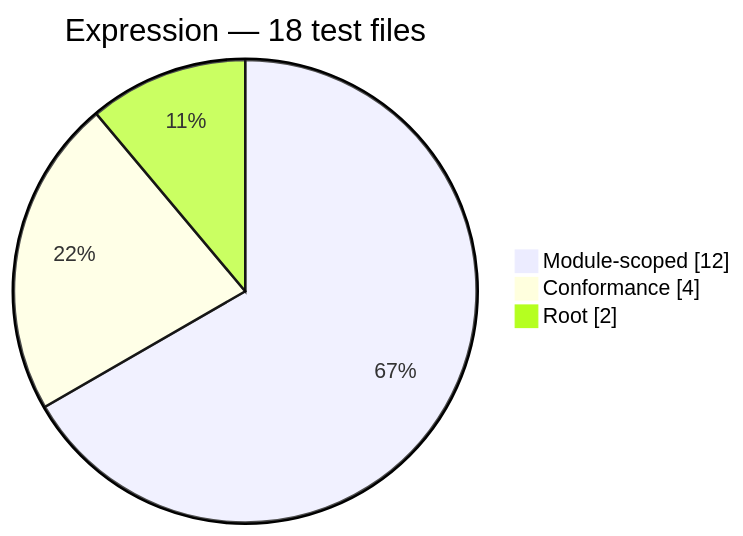
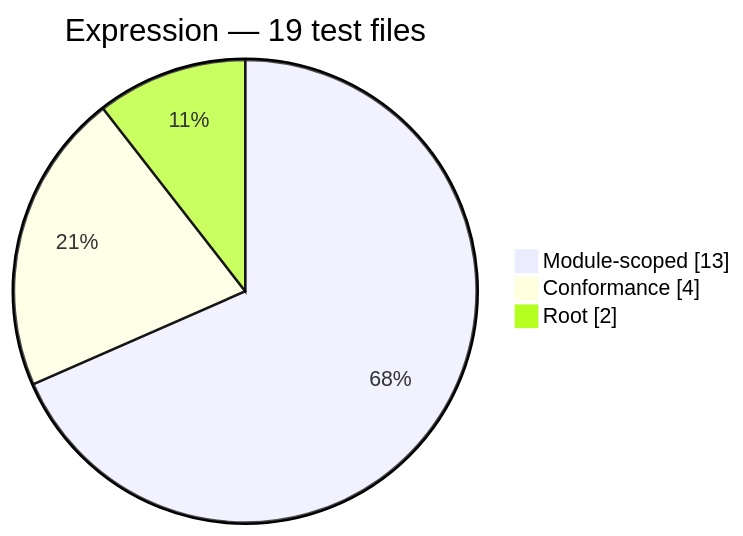
One commit to Mohammed-Alama/php-arazzo changed the second of 12 diagrams in docs/generated/test-composition.md. Above: the diagram before and after it, drawn with Mermaid. The commit also changed other lines of this file and 21 other files, not shown here.

````diff
--- a/docs/generated/test-composition.md
+++ b/docs/generated/test-composition.md
@@ -28,7 +28,7 @@
 ```mermaid
 pie showData
-    title Expression — 18 test files
-    "Module-scoped": 12
+    title Expression — 19 test files
+    "Module-scoped": 13
     "Conformance": 4
     "Root": 2
 ```
````
